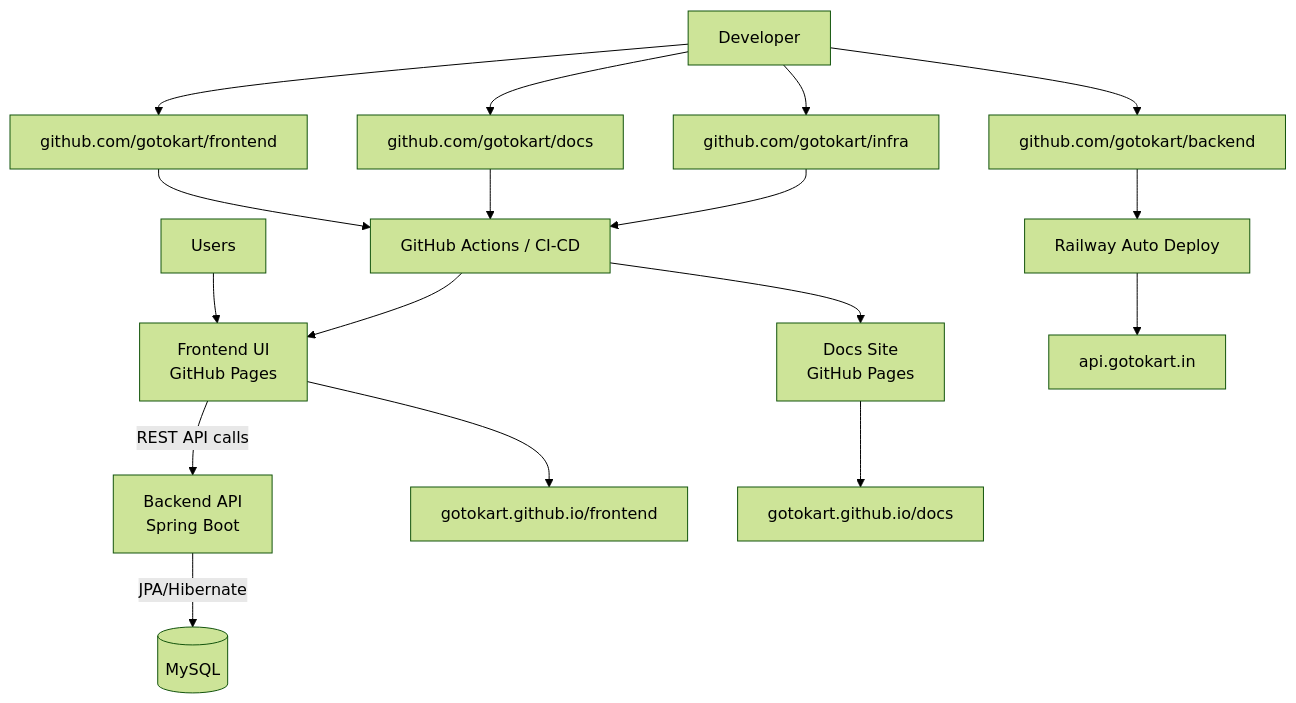
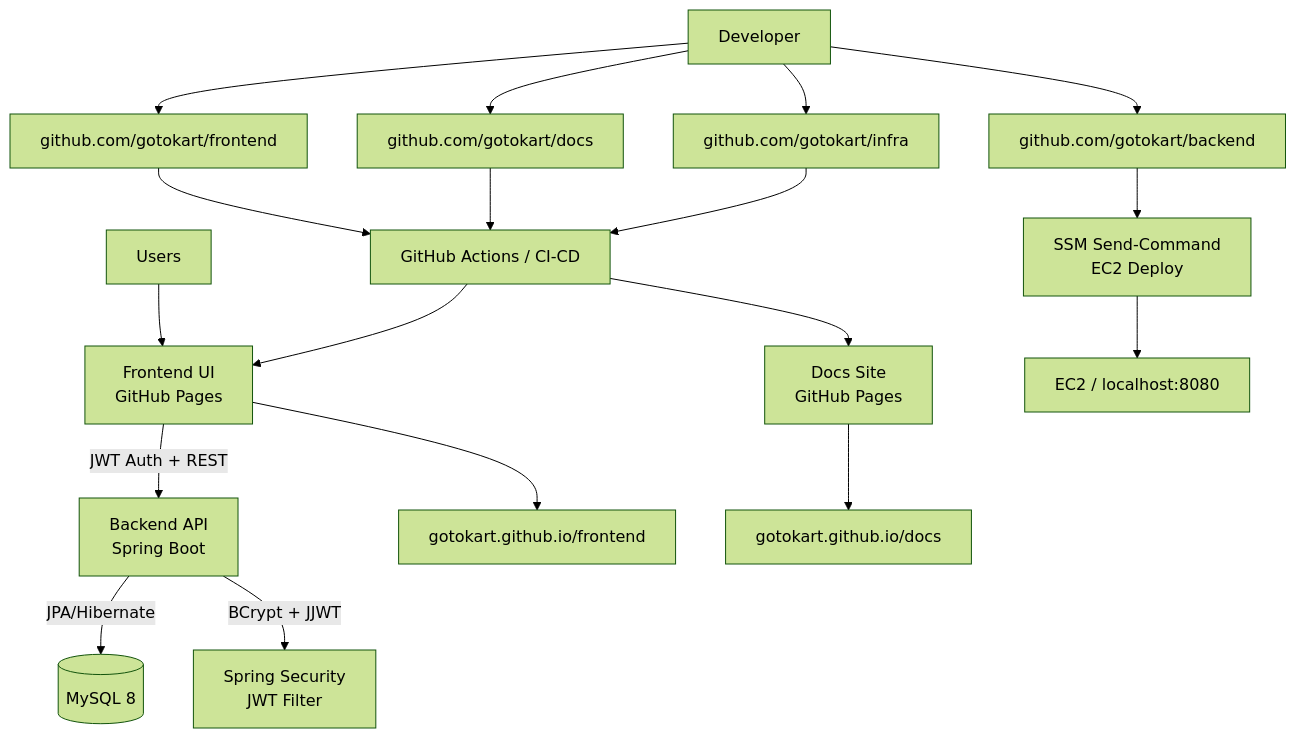
The diagram in pages/index.mdx (gotokart/docs), drawn with Mermaid (forest theme) before and after one commit. The commit also changed other lines of this file and 4 other files, not shown here.

First line of the commit message:
docs: update all pages for JWT auth, Spring Security, and admin seeding

````diff
--- a/pages/index.mdx
+++ b/pages/index.mdx
@@ -67,22 +68,23 @@
 ```mermaid
 flowchart TB
   U[Users] --> FE[Frontend UI<br/>GitHub Pages]
-  FE -->|REST API calls| BE[Backend API<br/>Spring Boot]
-  BE -->|JPA/Hibernate| DB[(MySQL)]
+  FE -->|JWT Auth + REST| BE[Backend API<br/>Spring Boot]
+  BE -->|JPA/Hibernate| DB[(MySQL 8)]
+  BE -->|BCrypt + JJWT| Auth[Spring Security<br/>JWT Filter]
 
   Dev[Developer] --> RepoFE[github.com/gotokart/frontend]
   Dev --> RepoBE[github.com/gotokart/backend]
   Dev --> RepoDocs[github.com/gotokart/docs]
   Dev --> RepoInfra[github.com/gotokart/infra]
 
   RepoFE --> CI[GitHub Actions / CI-CD]
   RepoDocs --> CI
   RepoInfra --> CI
-  RepoBE --> RailwayDeploy[Railway Auto Deploy]
+  RepoBE --> EC2Deploy[SSM Send-Command<br/>EC2 Deploy]
 
   CI --> FE
   CI --> Docs[Docs Site<br/>GitHub Pages]
   FE --> DomainFE[gotokart.github.io/frontend]
   Docs --> DomainDocs[gotokart.github.io/docs]
-  RailwayDeploy --> DomainAPI[api.gotokart.in]
+  EC2Deploy --> DomainAPI[EC2 / localhost:8080]
 ```
````
